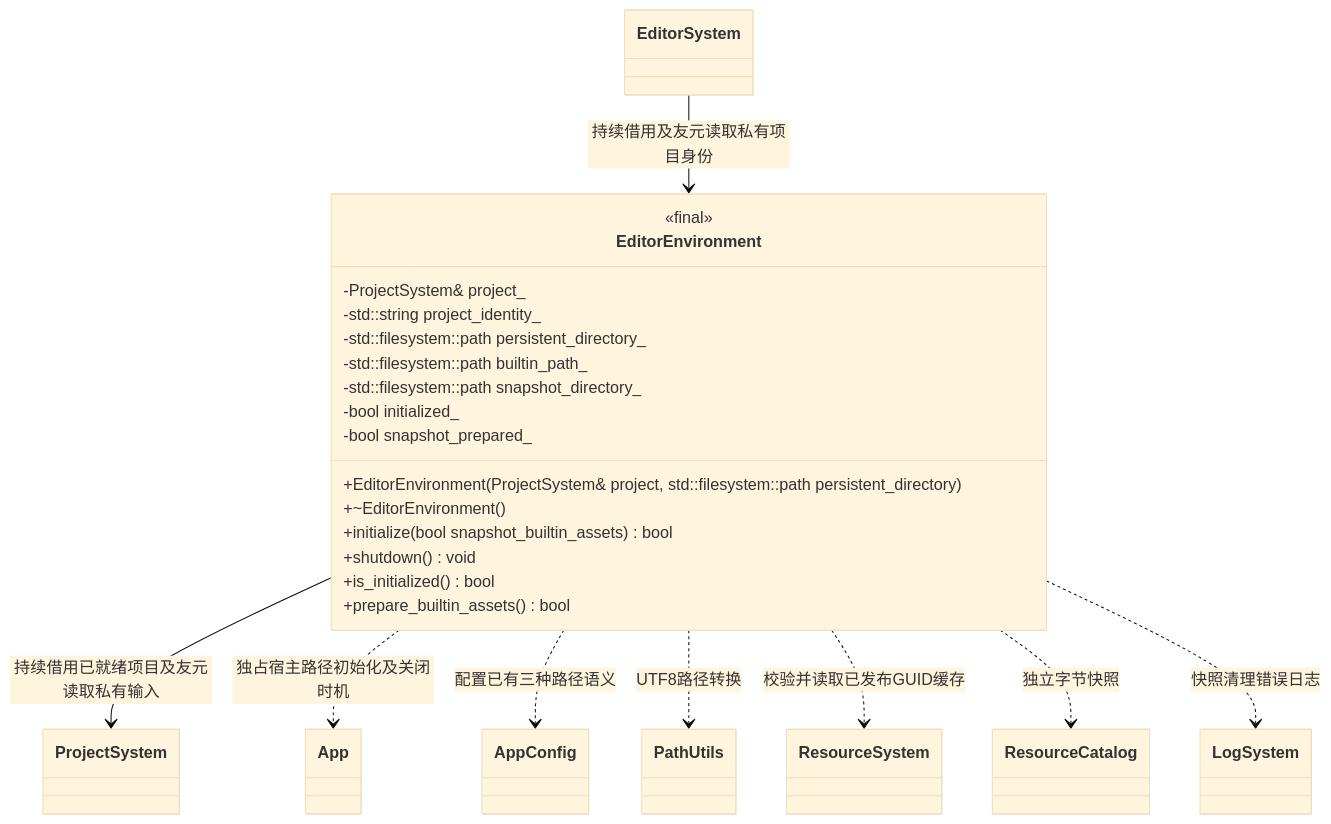
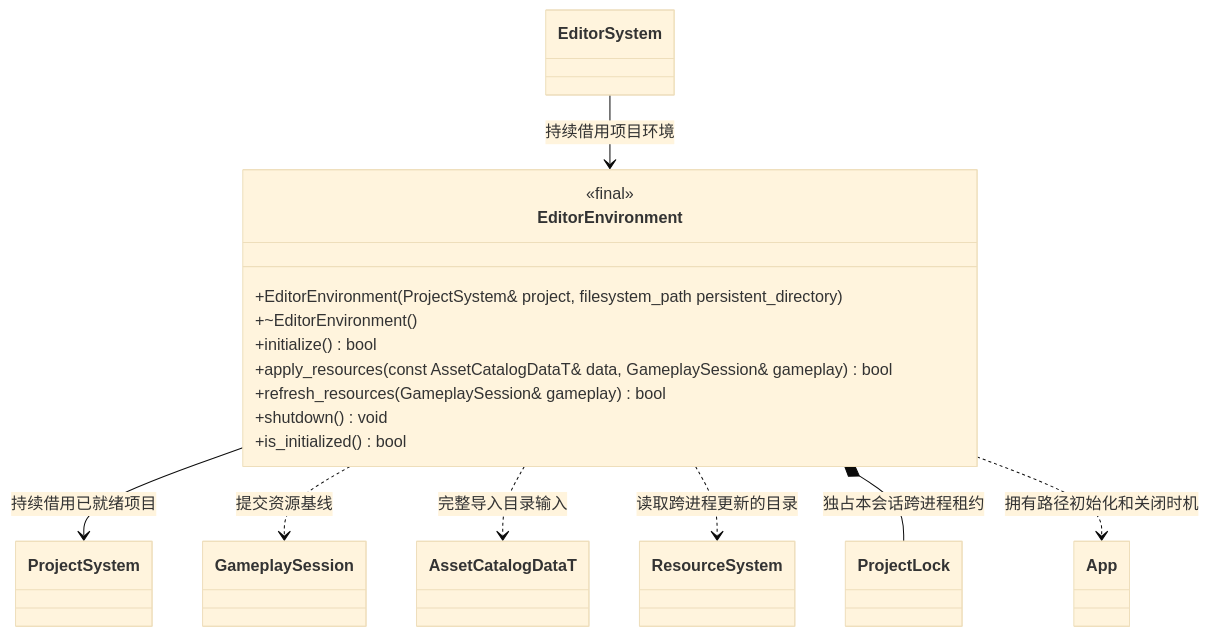
Before and after one commit to lcals/Engine: the diagram in docs/editor/class-diagrams/editor-environment.md, drawn with Mermaid (base theme). The commit also changed other lines of this file and 96 other files, not shown here.

````diff
--- a/docs/editor/class-diagrams/editor-environment.md
+++ b/docs/editor/class-diagrams/editor-environment.md
@@ -5,36 +5,27 @@
 ```mermaid
 classDiagram
-    direction TB
     class EditorEnvironment {
         <<final>>
-        +EditorEnvironment(ProjectSystem& project, std::filesystem::path persistent_directory)
+        +EditorEnvironment(ProjectSystem& project, filesystem_path persistent_directory)
         +~EditorEnvironment()
-        +initialize(bool snapshot_builtin_assets) bool
+        +initialize() bool
+        +apply_resources(const AssetCatalogDataT& data, GameplaySession& gameplay) bool
+        +refresh_resources(GameplaySession& gameplay) bool
         +shutdown() void
         +is_initialized() bool
-        +prepare_builtin_assets() bool
-        -ProjectSystem& project_
-        -std::string project_identity_
-        -std::filesystem::path persistent_directory_
-        -std::filesystem::path builtin_path_
-        -std::filesystem::path snapshot_directory_
-        -bool initialized_
-        -bool snapshot_prepared_
     }
     class ProjectSystem
     class EditorSystem
+    class GameplaySession
+    class AssetCatalogDataT
+    class ResourceSystem
+    class ProjectLock
     class App
-    class AppConfig
-    class PathUtils
-    class LogSystem
-    class ResourceSystem
-    class ResourceCatalog
-    EditorEnvironment --> ProjectSystem : 持续借用已就绪项目及友元读取私有输入
-    EditorSystem --> EditorEnvironment : 持续借用及友元读取私有项目身份
-    EditorEnvironment ..> App : 独占宿主路径初始化及关闭时机
-    EditorEnvironment ..> AppConfig : 配置已有三种路径语义
-    EditorEnvironment ..> PathUtils : UTF8路径转换
-    EditorEnvironment ..> ResourceSystem : 校验并读取已发布GUID缓存
-    EditorEnvironment ..> ResourceCatalog : 独立字节快照
-    EditorEnvironment ..> LogSystem : 快照清理错误日志
+    EditorEnvironment --> ProjectSystem : 持续借用已就绪项目
+    EditorSystem --> EditorEnvironment : 持续借用项目环境
+    EditorEnvironment ..> GameplaySession : 提交资源基线
+    EditorEnvironment ..> AssetCatalogDataT : 完整导入目录输入
+    EditorEnvironment ..> ResourceSystem : 读取跨进程更新的目录
+    EditorEnvironment *-- ProjectLock : 独占本会话跨进程租约
+    EditorEnvironment ..> App : 拥有路径初始化和关闭时机
 ```
````
